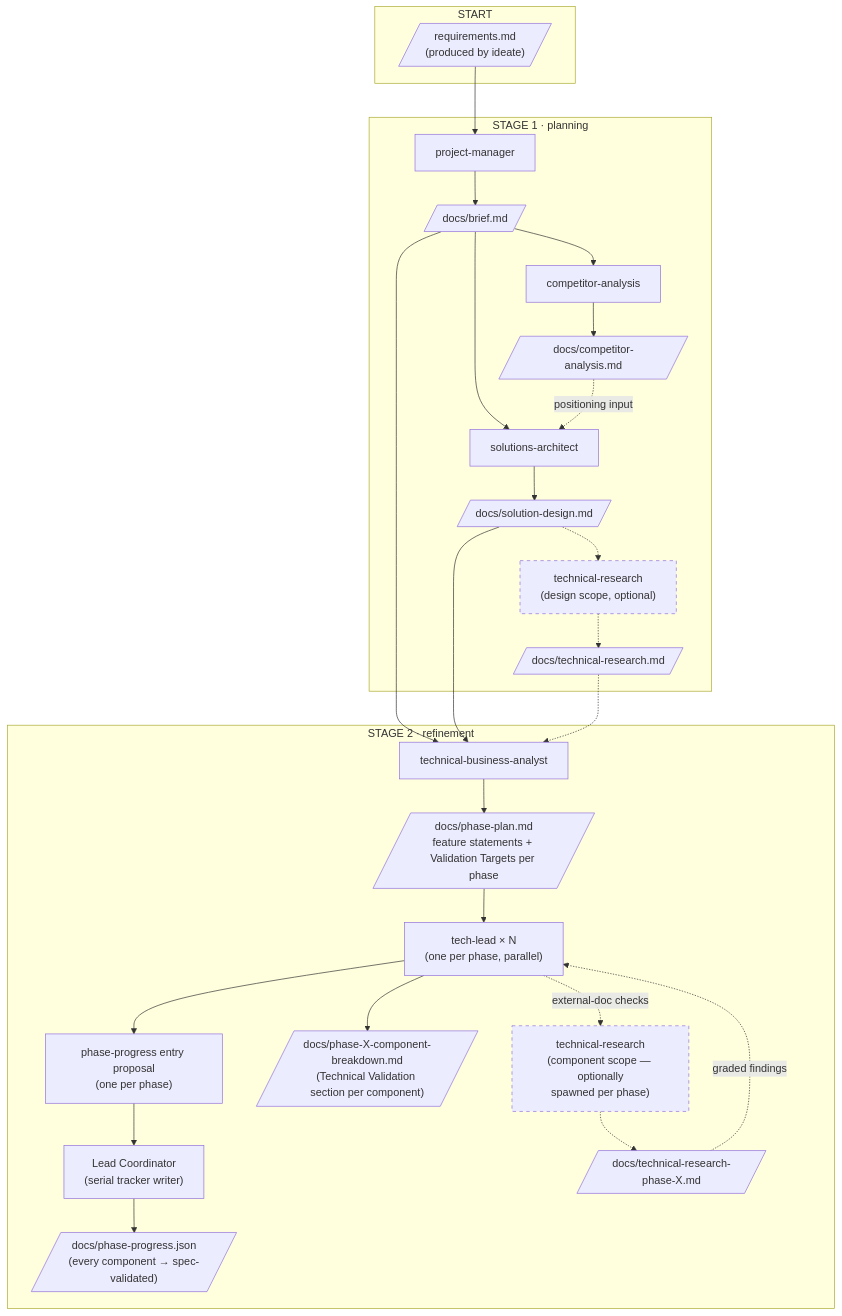
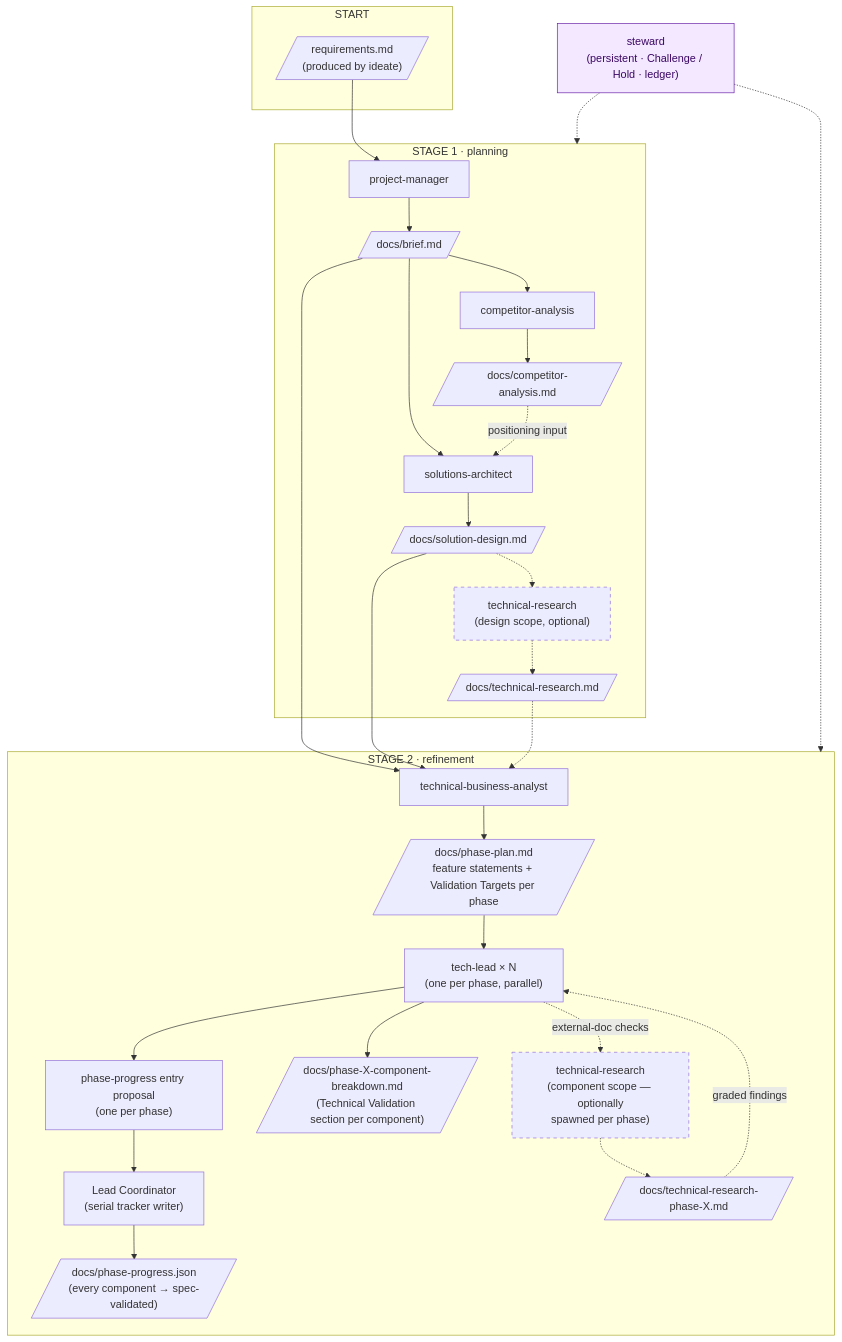
One commit to sjmeehan9/tycoon changed the fifth of 11 diagrams in supporting-files/AGENT_FLOWS.md. Above: the diagram before and after it, drawn with Mermaid. The commit also changed other lines of this file and 79 other files, not shown here.

````diff
--- a/supporting-files/AGENT_FLOWS.md
+++ b/supporting-files/AGENT_FLOWS.md
@@ -200,43 +208,48 @@
 ```mermaid
 flowchart TD
     subgraph StartB["START"]
         ReqsB[/"requirements.md<br/>(produced by ideate)"/]
     end
 
     subgraph Planning["STAGE 1 · planning"]
         PM[project-manager]
         CA2[competitor-analysis]
         SA[solutions-architect]
         PM --> Brief[/"docs/brief.md"/]
         Brief --> CA2
         Brief --> SA
         CA2 --> CAOut2[/"docs/competitor-analysis.md"/]
         SA --> SDOut[/"docs/solution-design.md"/]
         CAOut2 -.->|positioning input| SA
         SDOut -.-> TRD["technical-research<br/>(design scope, optional)"]
         TRD -.-> TRDoc[/"docs/technical-research.md"/]
     end
 
     subgraph Refinement["STAGE 2 · refinement"]
         TBA[technical-business-analyst]
         TL["tech-lead × N<br/>(one per phase, parallel)"]
         TRC["technical-research<br/>(component scope — optionally<br/>spawned per phase)"]
         TBA --> PP[/"docs/phase-plan.md<br/>feature statements + Validation Targets per phase"/]
         PP --> TL
         TL --> Breakdowns[/"docs/phase-X-component-breakdown.md<br/>(Technical Validation section per component)"/]
         TL --> Proposal["phase-progress entry proposal<br/>(one per phase)"]
         Proposal --> Coordinator["Lead Coordinator<br/>(serial tracker writer)"]
         Coordinator --> Progress[/"docs/phase-progress.json<br/>(every component → spec-validated)"/]
         TL -.->|external-doc checks| TRC
         TRC -.-> TRPhase[/"docs/technical-research-phase-X.md"/]
         TRPhase -.->|graded findings| TL
     end
 
     ReqsB --> PM
     Brief --> TBA
     SDOut --> TBA
     TRDoc -.-> TBA
 
+    StewardB["steward<br/>(persistent · Challenge / Hold · ledger)"]
+    StewardB -.-> Planning
+    StewardB -.-> Refinement
+
+    style StewardB fill:#f3e8ff,stroke:#6b21a8,color:#3b0764
     style TRD stroke-dasharray: 5 5
     style TRC stroke-dasharray: 5 5
 ```
````
